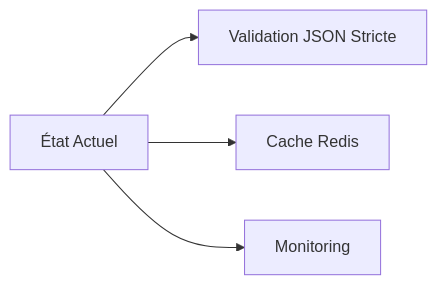
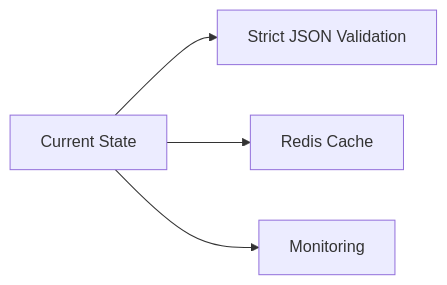
The second of 2 diagrams in Documentation_Technique_Systeme.md (aivibe-collective/ai-hub-content), drawn with Mermaid before and after one commit. The commit also changed other lines of this file and 47 other files, not shown here.

````diff
--- a/Documentation_Technique_Systeme.md
+++ b/Documentation_Technique_Systeme.md
@@ -73,6 +73,6 @@
 ```mermaid
 graph LR
-    A[État Actuel] --> B[Validation JSON Stricte]
-    A --> C[Cache Redis]
+    A[Current State] --> B[Strict JSON Validation]
+    A --> C[Redis Cache]
     A --> D[Monitoring]
 ```
````
